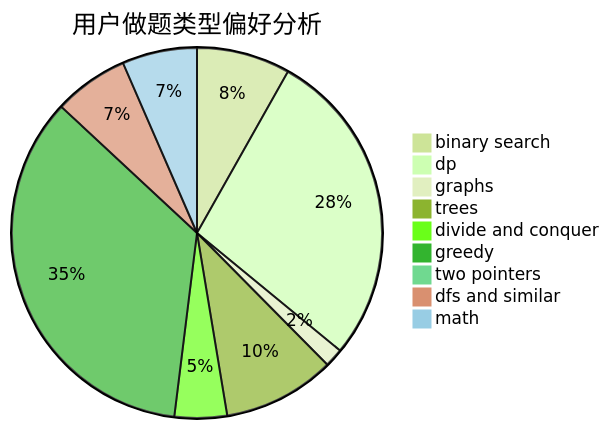
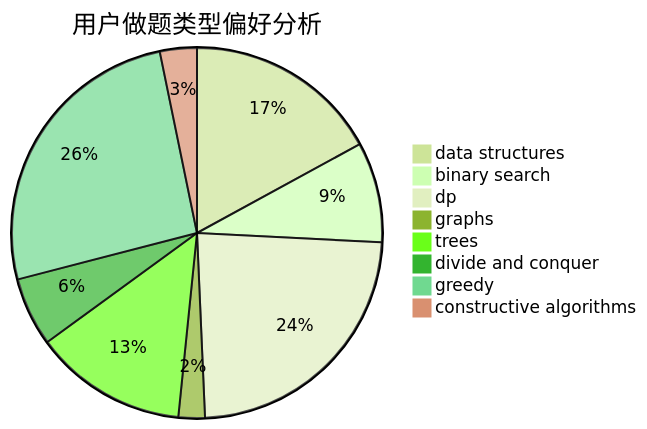
Before and after one commit to sherpahu/cfrs.github.io: the second of 3 diagrams in docs/user/u2170.md, drawn with Mermaid (forest theme). The commit also changed other lines of this file and 2775 other files, not shown here.

````diff
--- a/docs/user/u2170.md
+++ b/docs/user/u2170.md
@@ -23,12 +23,11 @@
 ```mermaid
 pie title 用户做题类型偏好分析
-    "binary search" :  25
-    "dp" :  85
+    "data structures" :  37
+    "binary search" :  19
+    "dp" :  51
     "graphs" :  5
-    "trees" :  30
-    "divide and conquer" :  14
-    "greedy" :  107
-    "two pointers" :  0
-    "dfs and similar" :  20
-    "math" :  20
+    "trees" :  29
+    "divide and conquer" :  13
+    "greedy" :  56
+    "constructive algorithms" :  7
 ```
````
